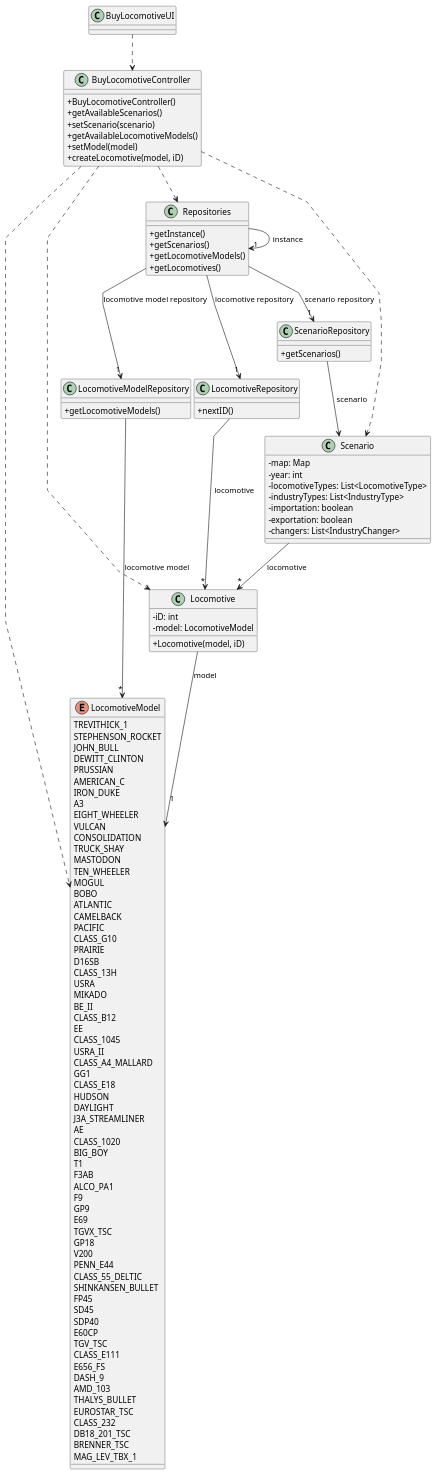
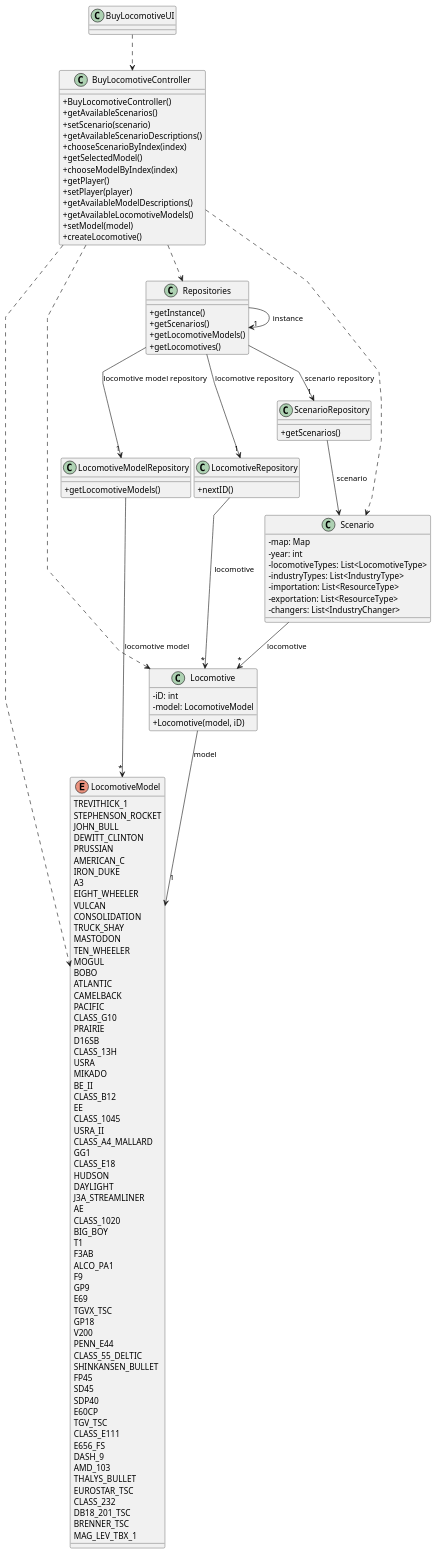
Before and after one commit to 1240935/pi2-railway-simulator: the diagram in Sprint2/US009/03.design/puml/US009-CD.puml, drawn with PlantUML. The commit also changed 1 other file, not shown here.

```diff
--- a/Sprint2/US009/03.design/puml/US009-CD.puml
+++ b/Sprint2/US009/03.design/puml/US009-CD.puml
@@ -1,147 +1,154 @@
 @startuml
 'skinparam monochrome true
 skinparam packageStyle rectangle
 skinparam shadowing false
 skinparam linetype polyline
 'skinparam linetype orto
 
 skinparam classAttributeIconSize 0
 
 'left to right direction
 
 class BuyLocomotiveUI{
 }
 
 class BuyLocomotiveController {
   + BuyLocomotiveController()
   + getAvailableScenarios()
   + setScenario(scenario)
+  + getAvailableScenarioDescriptions()
+  + chooseScenarioByIndex(index)
+  + getSelectedModel()
+  + chooseModelByIndex(index)
+  + getPlayer()
+  + setPlayer(player)
+  + getAvailableModelDescriptions()
   + getAvailableLocomotiveModels()
   + setModel(model)
-  + createLocomotive(model, iD)
+  + createLocomotive()
 }
 
 class Repositories {
   + getInstance()
   + getScenarios()
   + getLocomotiveModels()
   + getLocomotives()
 }
 
 class ScenarioRepository {
   + getScenarios()
 }
 
 class LocomotiveModelRepository {
   + getLocomotiveModels()
 }
 
 class LocomotiveRepository {
   + nextID()
 }
 
 class Scenario {
        -map: Map
        -year: int
        -locomotiveTypes: List<LocomotiveType>
        -industryTypes: List<IndustryType>
-       -importation: boolean
-       -exportation: boolean
+       -importation: List<ResourceType>
+       -exportation: List<ResourceType>
        -changers: List<IndustryChanger>
  }
 
 enum LocomotiveModel{
     TREVITHICK_1
     STEPHENSON_ROCKET
     JOHN_BULL
     DEWITT_CLINTON
     PRUSSIAN
     AMERICAN_C
     IRON_DUKE
     A3
     EIGHT_WHEELER
     VULCAN
     CONSOLIDATION
     TRUCK_SHAY
     MASTODON
     TEN_WHEELER
     MOGUL
     BOBO
     ATLANTIC
     CAMELBACK
     PACIFIC
     CLASS_G10
     PRAIRIE
     D16SB
     CLASS_13H
     USRA
     MIKADO
     BE_II
     CLASS_B12
     EE
     CLASS_1045
     USRA_II
     CLASS_A4_MALLARD
     GG1
     CLASS_E18
     HUDSON
     DAYLIGHT
     J3A_STREAMLINER
     AE
     CLASS_1020
     BIG_BOY
     T1
     F3AB
     ALCO_PA1
     F9
     GP9
     E69
     TGVX_TSC
     GP18
     V200
     PENN_E44
     CLASS_55_DELTIC
     SHINKANSEN_BULLET
     FP45
     SD45
     SDP40
     E60CP
     TGV_TSC
     CLASS_E111
     E656_FS
     DASH_9
     AMD_103
     THALYS_BULLET
     EUROSTAR_TSC
     CLASS_232
     DB18_201_TSC
     BRENNER_TSC
     MAG_LEV_TBX_1
 
 }
 
 class Locomotive {
   - iD: int
   - model: LocomotiveModel
   + Locomotive(model, iD)
 }
 
 BuyLocomotiveUI ..> BuyLocomotiveController
 BuyLocomotiveController ..> Scenario
 BuyLocomotiveController ..> LocomotiveModel
 BuyLocomotiveController ..> Locomotive
 BuyLocomotiveController ..> Repositories
 
 Repositories -> "1" Repositories : instance
 Repositories --> "1" ScenarioRepository : scenario repository
 Repositories --> "1" LocomotiveModelRepository : locomotive model repository
 Repositories --> "1" LocomotiveRepository : locomotive repository
 ScenarioRepository --> Scenario : scenario
 
 Scenario --> "*" Locomotive: locomotive
 LocomotiveModelRepository --> "*" LocomotiveModel : locomotive model
 LocomotiveRepository --> "*" Locomotive: locomotive
 Locomotive --> "1" LocomotiveModel: model
 
 
 @enduml
```
